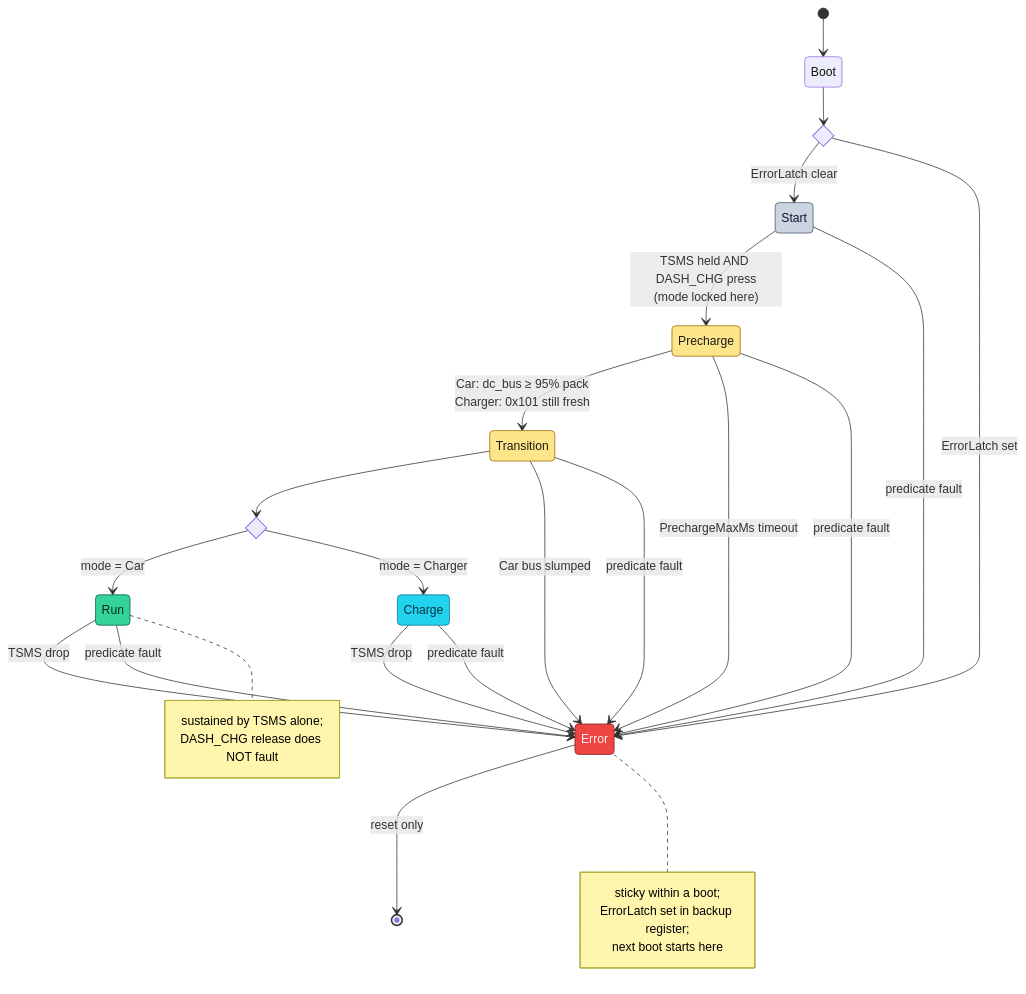
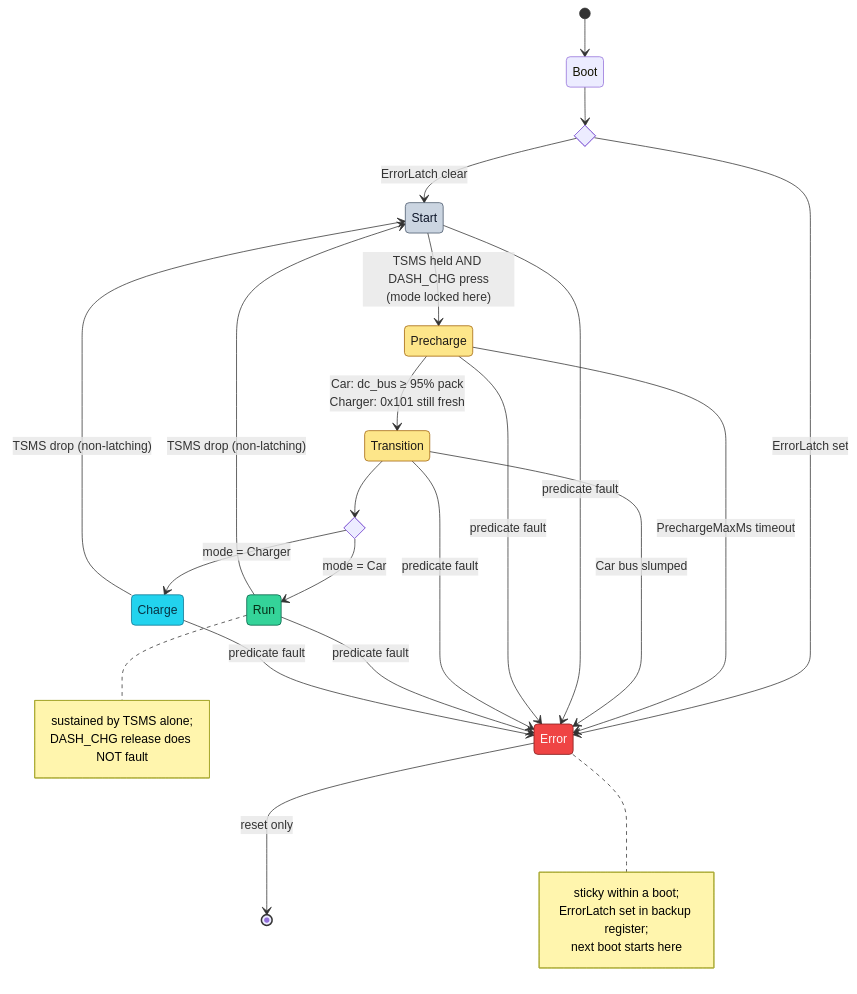
Before and after one commit to isc-fs/IFS08-CE-AMS: the third of 4 diagrams in docs/ARCHITECTURE.md, drawn with Mermaid. The commit also changed other lines of this file and 8 other files, not shown here.

````diff
--- a/docs/ARCHITECTURE.md
+++ b/docs/ARCHITECTURE.md
@@ -396,54 +396,54 @@
 ```mermaid
 stateDiagram-v2
     [*] --> Boot
 
     state boot_check <<choice>>
     Boot --> boot_check
     boot_check --> Start : ErrorLatch clear
     boot_check --> Error : ErrorLatch set
 
     Start --> Precharge : TSMS held AND DASH_CHG press<br/>(mode locked here)
 
     Precharge --> Transition : Car: dc_bus ≥ 95% pack<br/>Charger: 0x101 still fresh
     Precharge --> Error      : PrechargeMaxMs timeout
 
     state mode_split <<choice>>
     Transition --> mode_split
     mode_split --> Run    : mode = Car
     mode_split --> Charge : mode = Charger
     Transition --> Error  : Car bus slumped
 
-    Run    --> Error : TSMS drop
-    Charge --> Error : TSMS drop
+    Run    --> Start : TSMS drop (non-latching)
+    Charge --> Start : TSMS drop (non-latching)
 
     Start      --> Error : predicate fault
     Precharge  --> Error : predicate fault
     Transition --> Error : predicate fault
     Run        --> Error : predicate fault
     Charge     --> Error : predicate fault
 
     Error --> [*] : reset only
 
     note right of Run
         sustained by TSMS alone;
         DASH_CHG release does NOT fault
     end note
 
     note right of Error
         sticky within a boot;
         ErrorLatch set in backup register;
         next boot starts here
     end note
 
     classDef idle    fill:#cbd5e1,stroke:#475569,color:#0f172a
     classDef bring   fill:#fde68a,stroke:#a16207,color:#1c1917
     classDef live    fill:#34d399,stroke:#065f46,color:#052e16
     classDef chg     fill:#22d3ee,stroke:#0e7490,color:#083344
     classDef fault   fill:#ef4444,stroke:#7f1d1d,color:#fef2f2
 
     class Start idle
     class Precharge,Transition bring
     class Run live
     class Charge chg
     class Error fault
 ```
````
